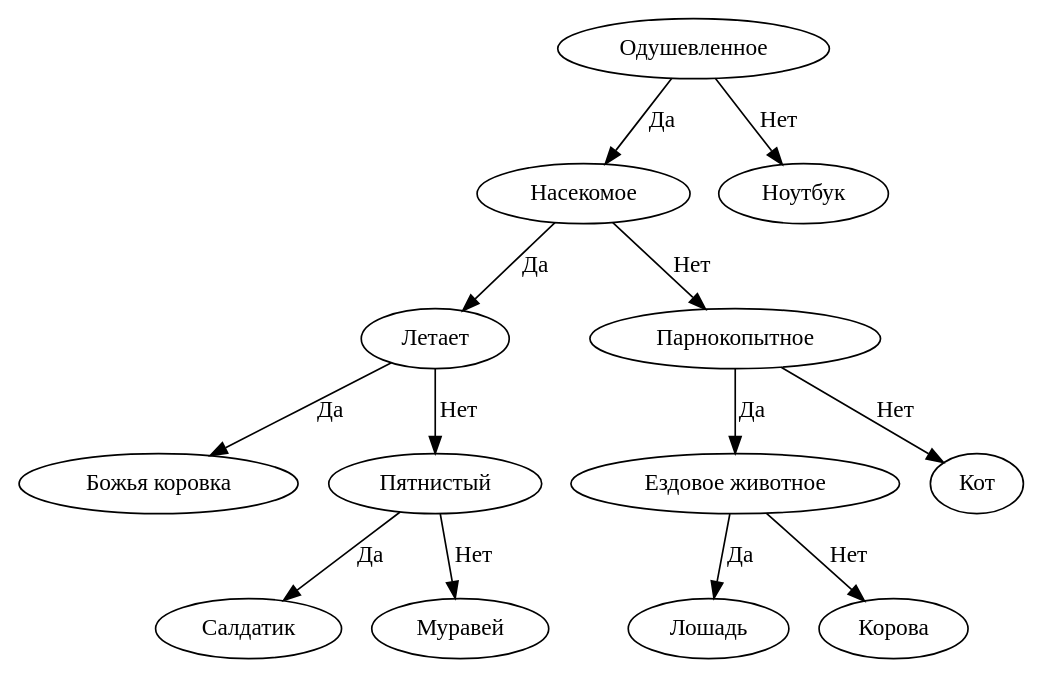
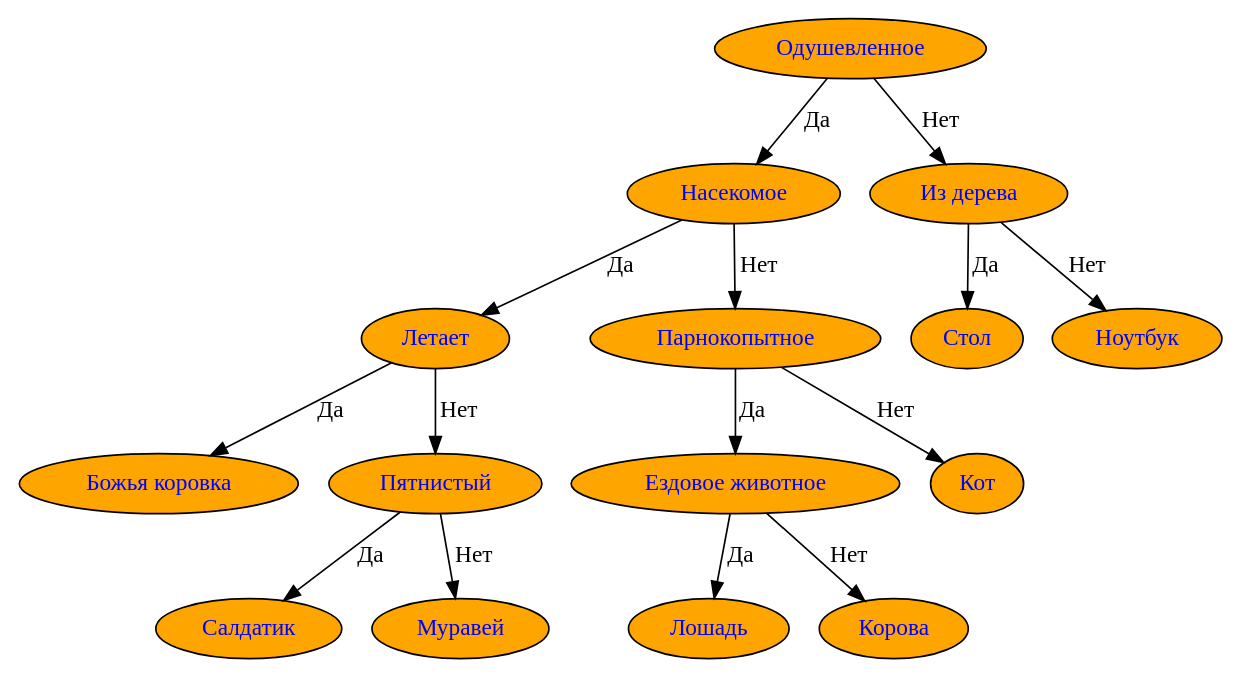
One commit to ArtKomarov/Akinator changed the diagram in GrTree.dot. Above: the diagram before and after it, drawn with Graphviz. The commit also changed 4 other files, not shown here.

Commit message:
Akinator+Save_tree+Print_tree(graphwiz): improve graph, main

```diff
--- a/GrTree.dot
+++ b/GrTree.dot
@@ -1,14 +1,17 @@
 digraph G{
+node [style="filled", fillcolor="orange", fontcolor="blue"];
 "Одушевленное"->"Насекомое" [label = "Да"]
-"Одушевленное"->"Ноутбук" [label = "Нет"]
+"Одушевленное"->"Из дерева" [label = "Нет"]
 "Насекомое"->"Летает" [label = "Да"]
 "Насекомое"->"Парнокопытное" [label = "Нет"]
 "Летает"->"Божья коровка" [label = "Да"]
 "Летает"->"Пятнистый" [label = "Нет"]
 "Пятнистый"->"Салдатик" [label = "Да"]
 "Пятнистый"->"Муравей" [label = "Нет"]
 "Парнокопытное"->"Ездовое животное" [label = "Да"]
 "Парнокопытное"->"Кот" [label = "Нет"]
 "Ездовое животное"->"Лошадь" [label = "Да"]
 "Ездовое животное"->"Корова" [label = "Нет"]
+"Из дерева"->"Стол" [label = "Да"]
+"Из дерева"->"Ноутбук" [label = "Нет"]
 }
```
